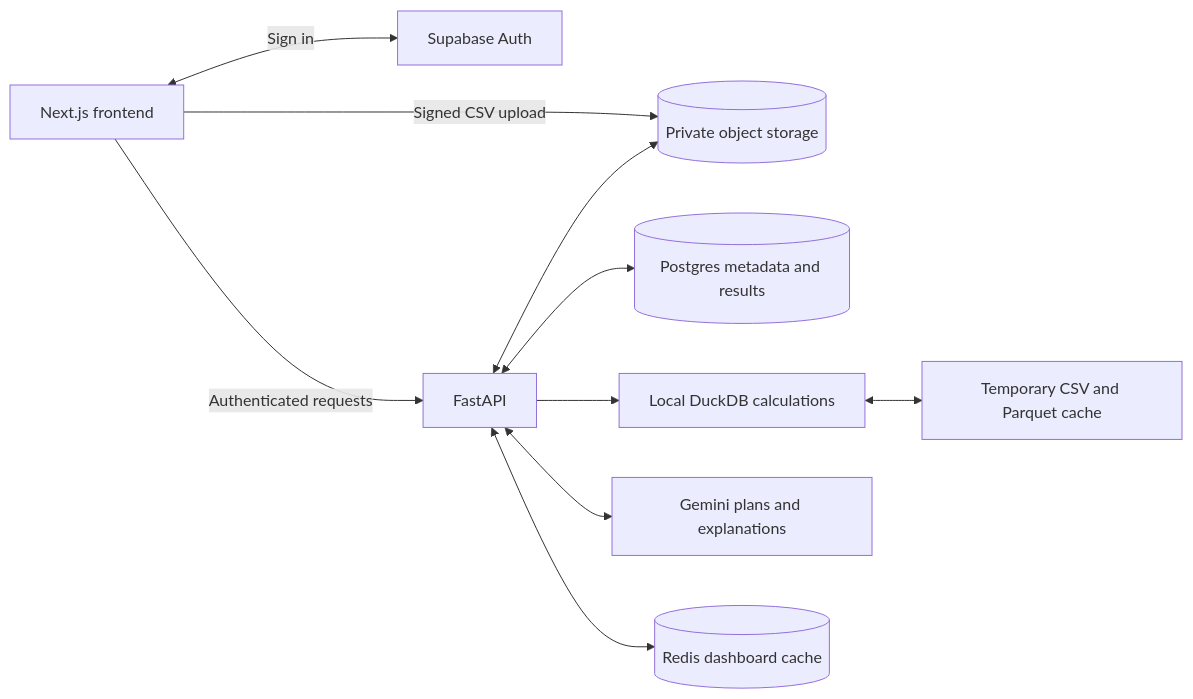
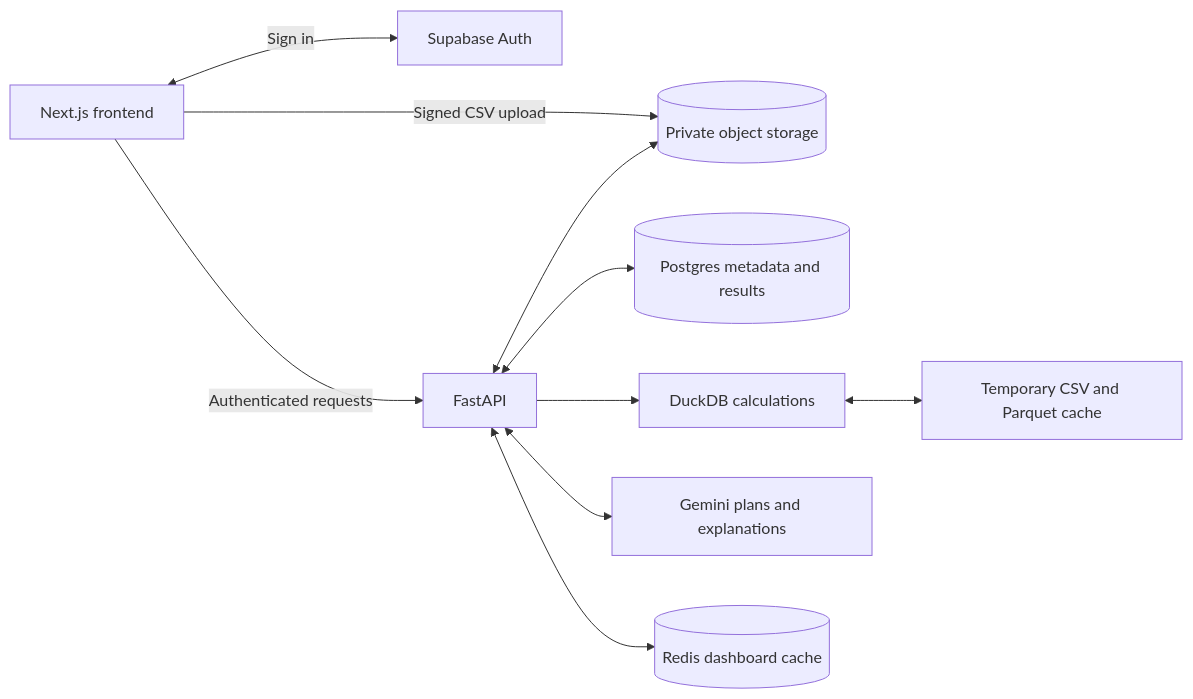
Before and after one commit to kanishjn8/DataAnalyst-Agent: the diagram in README.md, drawn with Mermaid. The commit also changed other lines of this file and 6 other files, not shown here.

````diff
--- a/README.md
+++ b/README.md
@@ -11,12 +29,12 @@
 ```mermaid
 flowchart LR
     Browser[Next.js frontend] <-->|Sign in| Auth[Supabase Auth]
     Browser -->|Signed CSV upload| Storage[(Private object storage)]
     Browser -->|Authenticated requests| API[FastAPI]
     API <--> DB[(Postgres metadata and results)]
     API <--> Storage
-    API --> DuckDB[Local DuckDB calculations]
+    API --> DuckDB[DuckDB calculations]
     API <--> Gemini[Gemini plans and explanations]
     API <--> Redis[(Redis dashboard cache)]
     DuckDB <--> Disk[Temporary CSV and Parquet cache]
 ```
````
